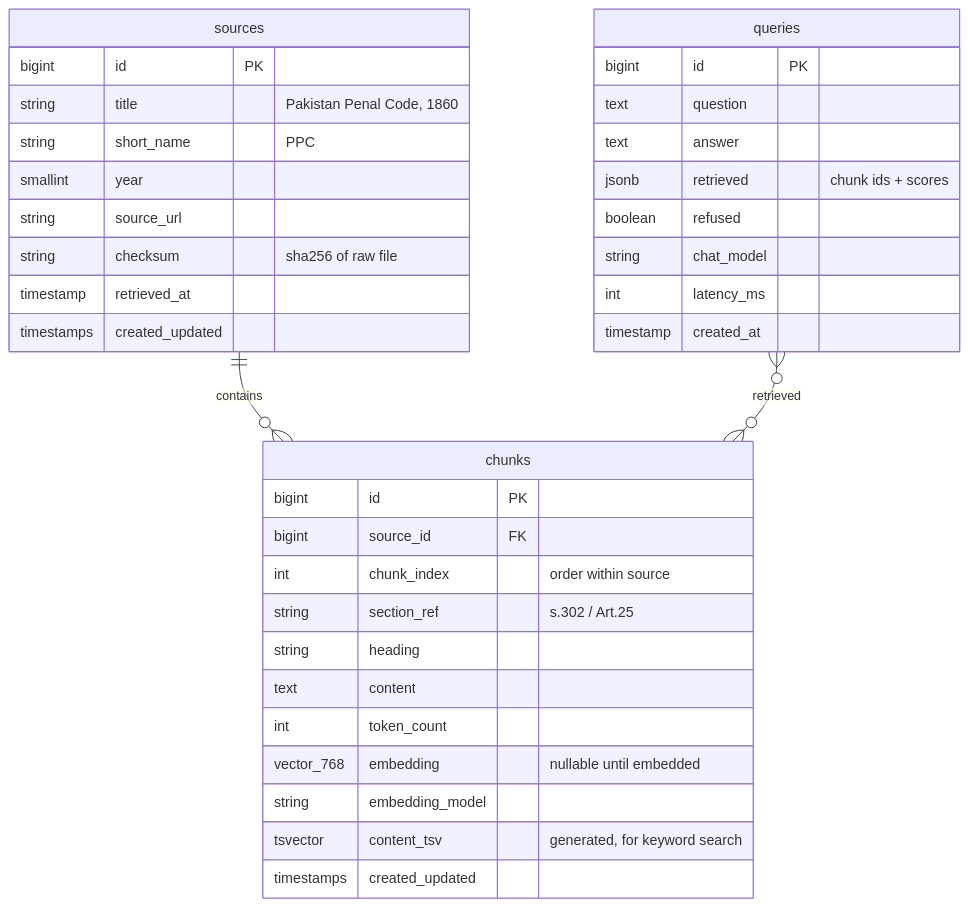
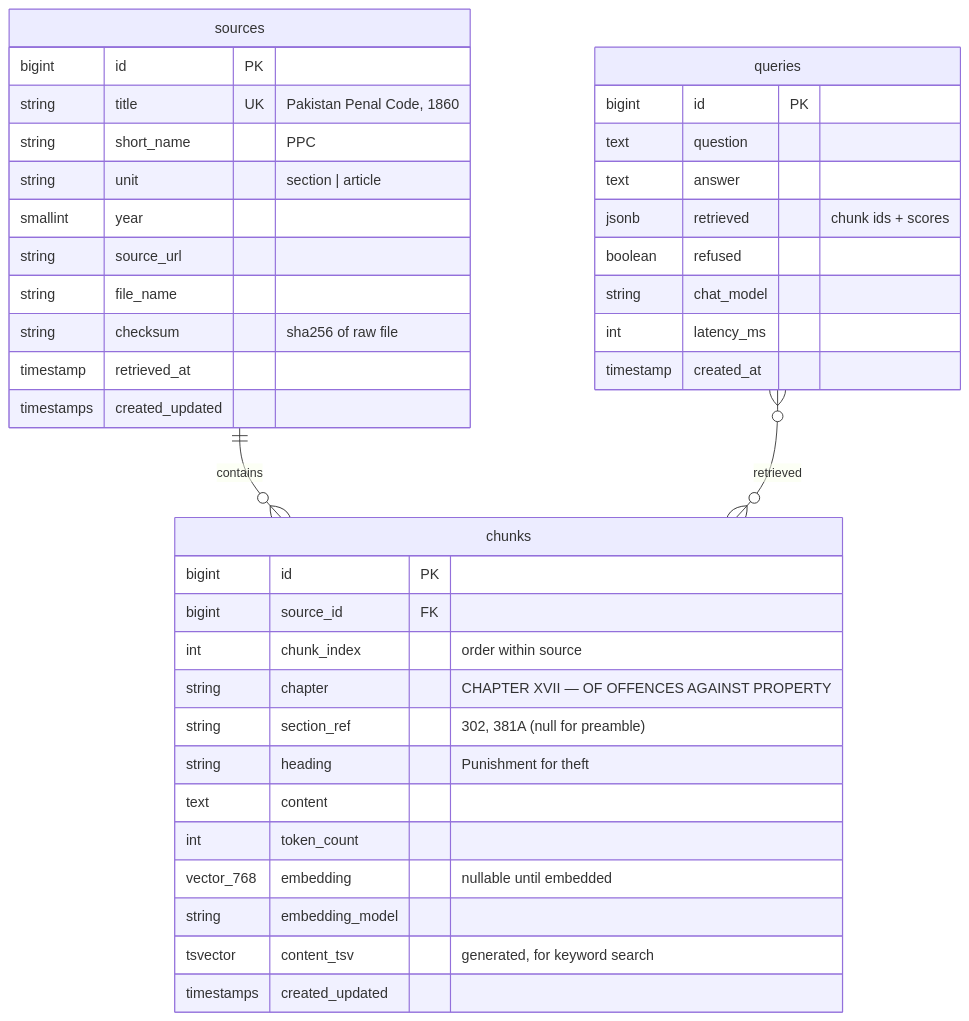
The third of 3 diagrams in docs/architecture.md (rajarizwan2007/pakistan-law-assistant-rag-ai), drawn with Mermaid before and after one commit. The commit also changed other lines of this file and 25 other files, not shown here.

First line of the commit message:
Add schema and ingestion pipeline; ingest Pakistan Penal Code

````diff
--- a/docs/architecture.md
+++ b/docs/architecture.md
@@ -96,39 +119,42 @@
 ```mermaid
 erDiagram
     sources ||--o{ chunks : contains
     queries }o--o{ chunks : retrieved
 
     sources {
         bigint id PK
-        string title "Pakistan Penal Code, 1860"
+        string title UK "Pakistan Penal Code, 1860"
         string short_name "PPC"
+        string unit "section | article"
         smallint year
         string source_url
+        string file_name
         string checksum "sha256 of raw file"
         timestamp retrieved_at
         timestamps created_updated
     }
     chunks {
         bigint id PK
         bigint source_id FK
         int chunk_index "order within source"
-        string section_ref "s.302 / Art.25"
-        string heading
+        string chapter "CHAPTER XVII — OF OFFENCES AGAINST PROPERTY"
+        string section_ref "302, 381A (null for preamble)"
+        string heading "Punishment for theft"
         text content
         int token_count
         vector_768 embedding "nullable until embedded"
         string embedding_model
         tsvector content_tsv "generated, for keyword search"
         timestamps created_updated
     }
     queries {
         bigint id PK
         text question
         text answer
         jsonb retrieved "chunk ids + scores"
         boolean refused
         string chat_model
         int latency_ms
         timestamp created_at
     }
 ```
````
